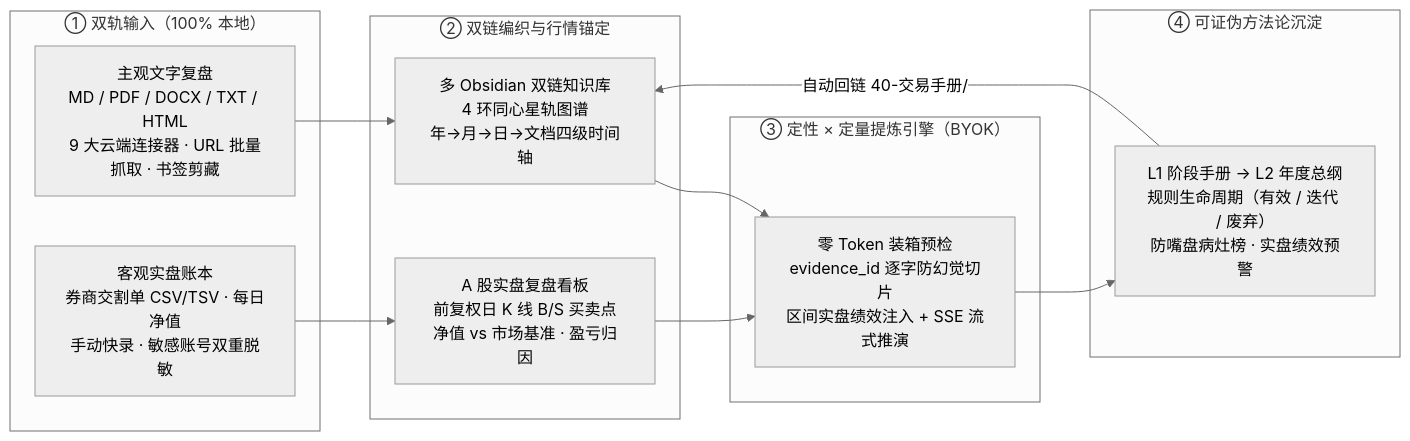
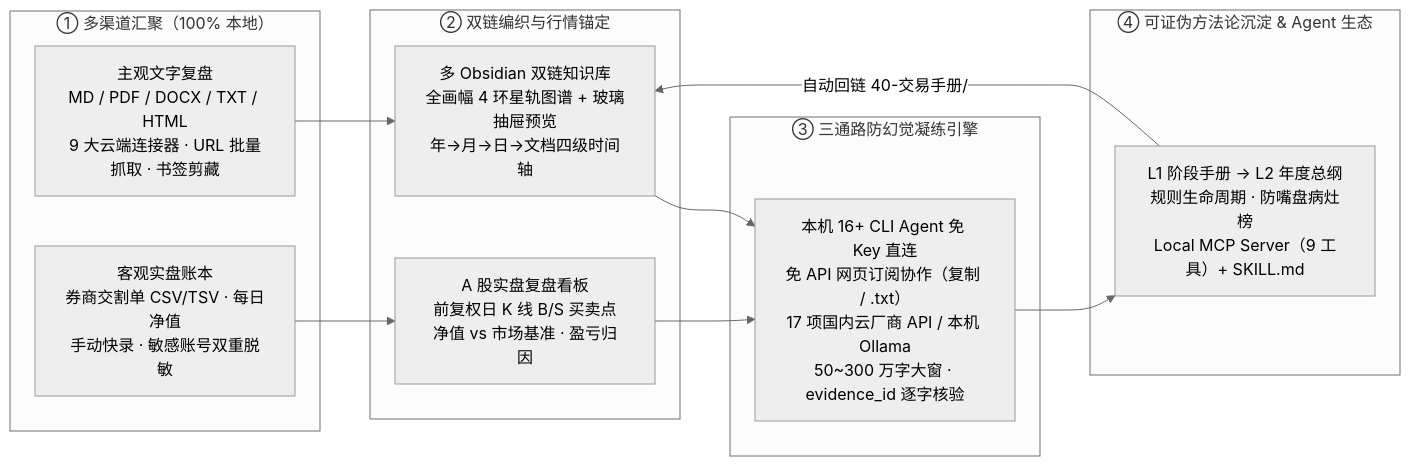
One commit to DYluke97/TradeLoom changed the diagram in README.md. Above: the diagram before and after it, drawn with Mermaid (neutral theme). The commit also changed other lines of this file and 40 other files, not shown here.

Commit message:
release: TradeLoom v1.2.0 - Obsidian terminal UI, full-bleed constellation, 16+ CLI agents, zero-API collab & Local MCP server

````diff
--- a/README.md
+++ b/README.md
@@ -44,27 +59,27 @@
 ```mermaid
 flowchart LR
-  subgraph Input["① 双轨输入（100% 本地）"]
+  subgraph Input["① 多渠道汇聚（100% 本地）"]
     A1["主观文字复盘<br/>MD / PDF / DOCX / TXT / HTML<br/>9 大云端连接器 · URL 批量抓取 · 书签剪藏"]
     A2["客观实盘账本<br/>券商交割单 CSV/TSV · 每日净值<br/>手动快录 · 敏感账号双重脱敏"]
   end
 
   subgraph Core["② 双链编织与行情锚定"]
-    B1["多 Obsidian 双链知识库<br/>4 环同心星轨图谱<br/>年→月→日→文档四级时间轴"]
+    B1["多 Obsidian 双链知识库<br/>全画幅 4 环星轨图谱 + 玻璃抽屉预览<br/>年→月→日→文档四级时间轴"]
     B2["A 股实盘复盘看板<br/>前复权日 K 线 B/S 买卖点<br/>净值 vs 市场基准 · 盈亏归因"]
   end
 
-  subgraph Engine["③ 定性 × 定量提炼引擎（BYOK）"]
-    C["零 Token 装箱预检<br/>evidence_id 逐字防幻觉切片<br/>区间实盘绩效注入 + SSE 流式推演"]
+  subgraph Engine["③ 三通路防幻觉凝练引擎"]
+    C["本机 16+ CLI Agent 免 Key 直连<br/>免 API 网页订阅协作（复制 / .txt）<br/>17 项国内云厂商 API / 本机 Ollama<br/>50~300 万字大窗 · evidence_id 逐字核验"]
   end
 
-  subgraph Output["④ 可证伪方法论沉淀"]
-    D["L1 阶段手册 → L2 年度总纲<br/>规则生命周期（有效 / 迭代 / 废弃）<br/>防嘴盘病灶榜 · 实盘绩效预警"]
+  subgraph Output["④ 可证伪方法论沉淀 & Agent 生态"]
+    D["L1 阶段手册 → L2 年度总纲<br/>规则生命周期 · 防嘴盘病灶榜<br/>Local MCP Server（9 工具）+ SKILL.md"]
   end
 
   A1 --> B1
   A2 --> B2
   B1 --> C
   B2 --> C
   C --> D
   D -->|"自动回链 40-交易手册/"| B1
 ```
````
